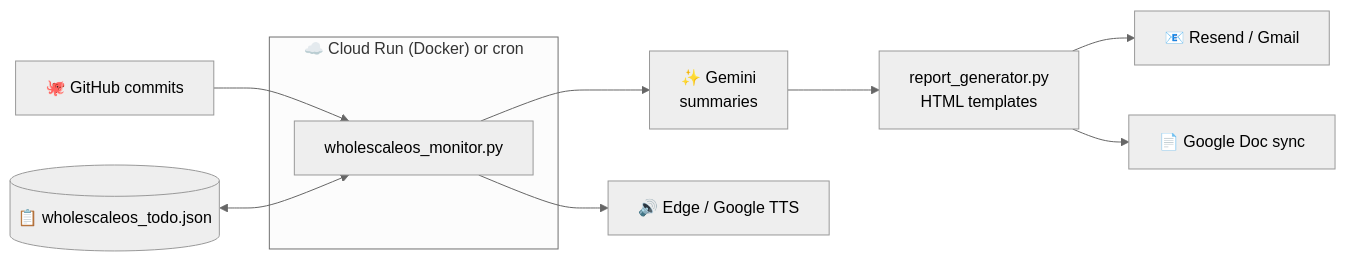
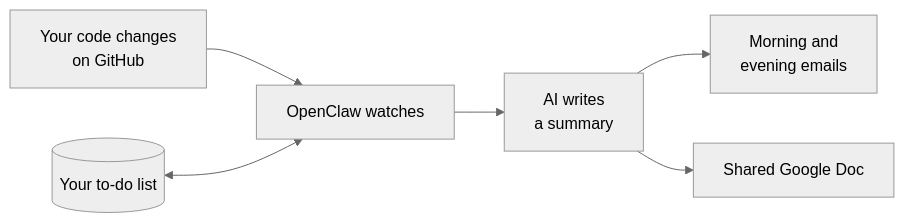
The second of 3 diagrams in README.md (F0rger123/wholescaleos-openclaw), drawn with Mermaid (neutral theme) before and after one commit. The commit also changed other lines of this file and 3 other files, not shown here.

First line of the commit message:
docs: plain-English diagrams and an AI guide for pasted links [skip ci]

````diff
--- a/README.md
+++ b/README.md
@@ -48,13 +52,8 @@
 ```mermaid
 flowchart LR
-    GH["🐙 GitHub commits"] --> Mon["wholescaleos_monitor.py"]
-    Todo[("📋 wholescaleos_todo.json")] <--> Mon
-    Mon --> AI["✨ Gemini<br/>summaries"]
-    AI --> Rep["report_generator.py<br/>HTML templates"]
-    Rep --> Mail["📧 Resend / Gmail"]
-    Rep --> Doc["📄 Google Doc sync"]
-    Mon --> Voice["🔊 Edge / Google TTS"]
-    subgraph Host["☁️ Cloud Run (Docker) or cron"]
-        Mon
-    end
+    Code["Your code changes<br/>on GitHub"] --> Watch["OpenClaw watches"]
+    Todo[("Your to-do list")] <--> Watch
+    Watch --> AI["AI writes<br/>a summary"]
+    AI --> Mail["Morning and<br/>evening emails"]
+    AI --> Doc["Shared Google Doc"]
 ```
````
